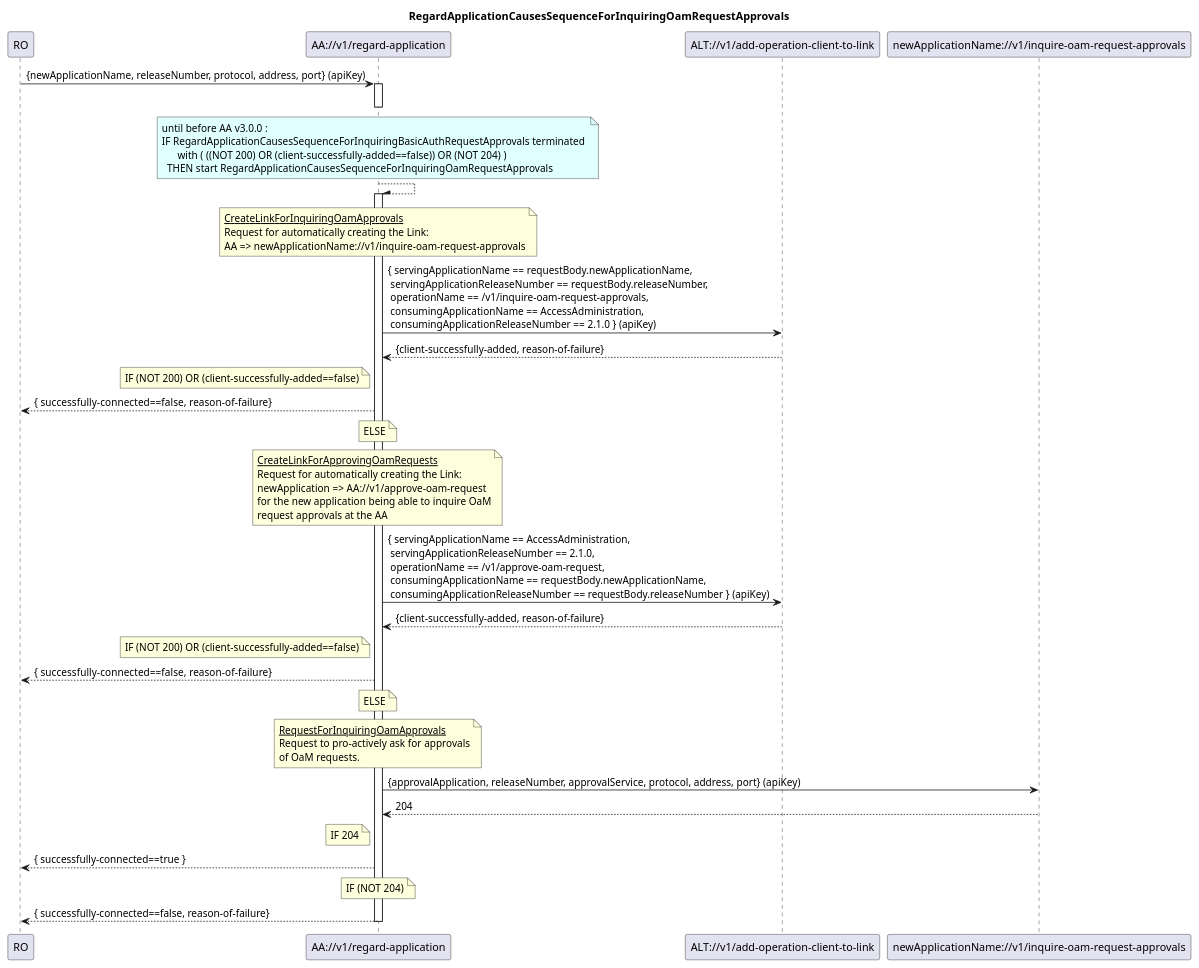
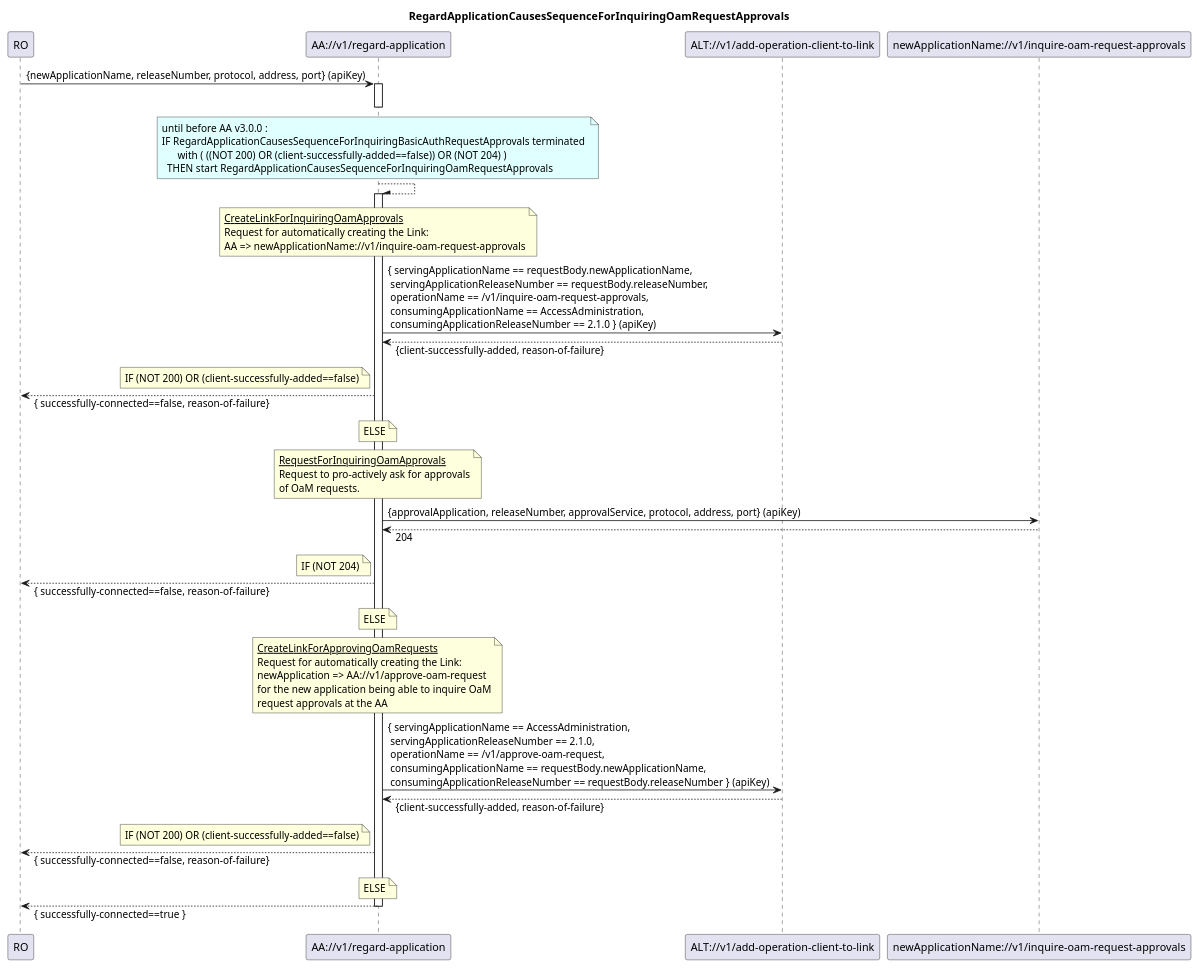
The diagram in spec/diagrams/is002_regardApplicationCausesOamSequence.plantuml (openBackhaul/AdministratorAdministration), drawn with PlantUML before and after one commit. The commit also changed 4 other files, not shown here.

```diff
--- a/spec/diagrams/is002_regardApplicationCausesOamSequence.plantuml
+++ b/spec/diagrams/is002_regardApplicationCausesOamSequence.plantuml
@@ -1,82 +1,81 @@
 @startuml is002_regardApplicationCausesOamSequence
 skinparam responseMessageBelowArrow true
 
 title
 RegardApplicationCausesSequenceForInquiringOamRequestApprovals
 end title
 
 participant "RO" as ro
 participant "AA://v1/regard-application" as aa
 participant "ALT://v1/add-operation-client-to-link" as alt
 participant "newApplicationName://v1/inquire-oam-request-approvals" as newApplicationOam
 
 ro -> aa : {newApplicationName, releaseNumber, protocol, address, port} (apiKey)
 activate aa
 deactivate aa
 
 note over aa #LightCyan
 until before AA v3.0.0 : 
 IF RegardApplicationCausesSequenceForInquiringBasicAuthRequestApprovals terminated 
       with ( ((NOT 200) OR (client-successfully-added==false)) OR (NOT 204) )
   THEN start RegardApplicationCausesSequenceForInquiringOamRequestApprovals
 end note
 aa --\ aa
 
 activate aa
 note over aa
 <u>CreateLinkForInquiringOamApprovals</u>
 Request for automatically creating the Link:
 AA => newApplicationName://v1/inquire-oam-request-approvals
 end note
 aa -> alt : { servingApplicationName == requestBody.newApplicationName,\n servingApplicationReleaseNumber == requestBody.releaseNumber,\n operationName == /v1/inquire-oam-request-approvals,\n consumingApplicationName == AccessAdministration,\n consumingApplicationReleaseNumber == 2.1.0 } (apiKey)
-alt --> aa : {client-successfully-added, reason-of-failure}
+aa <-- alt : {client-successfully-added, reason-of-failure}
 
 note left aa
 IF (NOT 200) OR (client-successfully-added==false)
 end note
-aa --> ro : { successfully-connected==false,  reason-of-failure}
+ro <-- aa : { successfully-connected==false, reason-of-failure}
 
+note over aa
+ELSE
+end note
+
+note over aa
+<u>RequestForInquiringOamApprovals</u>
+Request to pro-actively ask for approvals
+of OaM requests.
+end note
+aa -> newApplicationOam : {approvalApplication, releaseNumber, approvalService, protocol, address, port} (apiKey)
+aa <-- newApplicationOam : 204
+
+note left aa
+IF (NOT 204)
+end note
+ro <-- aa : { successfully-connected==false, reason-of-failure}
 note over aa
 ELSE
 end note
 
 note over aa
 <u>CreateLinkForApprovingOamRequests</u>
 Request for automatically creating the Link:
 newApplication => AA://v1/approve-oam-request
 for the new application being able to inquire OaM
 request approvals at the AA
 end note
 aa -> alt : { servingApplicationName == AccessAdministration,\n servingApplicationReleaseNumber == 2.1.0,\n operationName == /v1/approve-oam-request,\n consumingApplicationName == requestBody.newApplicationName,\n consumingApplicationReleaseNumber == requestBody.releaseNumber } (apiKey)
-alt --> aa : {client-successfully-added, reason-of-failure}
+aa <-- alt : {client-successfully-added, reason-of-failure}
 
 note left aa
 IF (NOT 200) OR (client-successfully-added==false)
 end note
-aa --> ro : { successfully-connected==false,  reason-of-failure}
+ro <-- aa : { successfully-connected==false, reason-of-failure}
 
 note over aa
 ELSE
 end note
-
-note over aa
-<u>RequestForInquiringOamApprovals</u>
-Request to pro-actively ask for approvals
-of OaM requests.
-end note
-aa -> newApplicationOam : {approvalApplication, releaseNumber, approvalService, protocol, address, port} (apiKey)
-newApplicationOam --> aa : 204
-
-note left aa
-IF 204
-end note
-aa --> ro : { successfully-connected==true }
-
-note over aa
-IF (NOT 204)
-end note
-aa --> ro : { successfully-connected==false, reason-of-failure}
+ro <-- aa : { successfully-connected==true }
 
 deactivate aa
 
 @enduml
```
